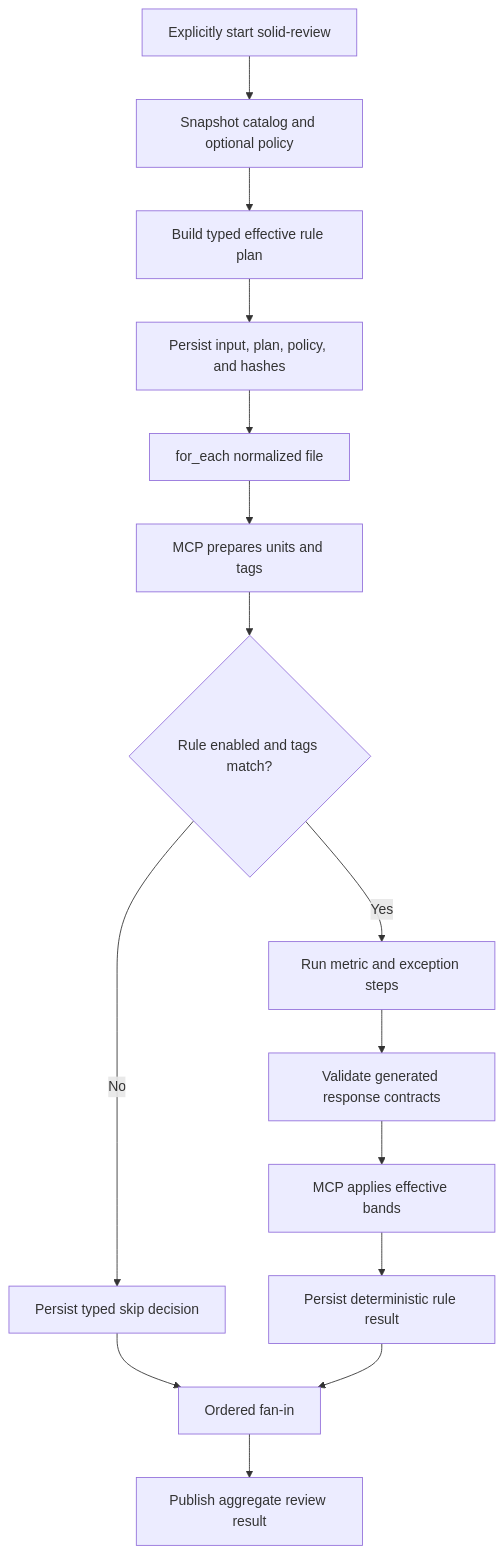
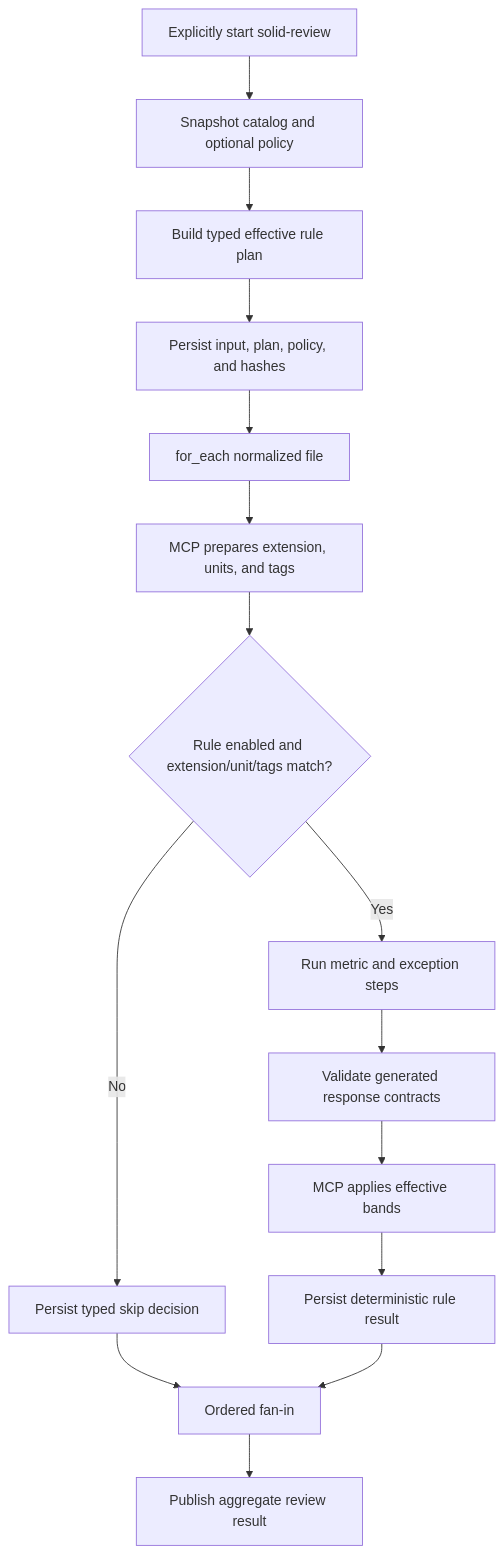
Before and after one commit to Swift-Gurus/solid-coder: the diagram in .claude/specs/SPEC-001-solid-coder/features/SPEC-036-bundled-solid-workflows/subtasks/SPEC-039-executable-rule-workflows-and-review-policy/Spec.md, drawn with Mermaid. The commit also changed other lines of this file and 102 other files, not shown here.

````diff
--- a/.claude/specs/SPEC-001-solid-coder/features/SPEC-036-bundled-solid-workflows/subtasks/SPEC-039-executable-rule-workflows-and-review-policy/Spec.md
+++ b/.claude/specs/SPEC-001-solid-coder/features/SPEC-036-bundled-solid-workflows/subtasks/SPEC-039-executable-rule-workflows-and-review-policy/Spec.md
@@ -416,17 +436,17 @@
 ```mermaid
 flowchart TD
     Start["Explicitly start solid-review"] --> Snapshot["Snapshot catalog and optional policy"]
     Snapshot --> Plan["Build typed effective rule plan"]
     Plan --> Persist["Persist input, plan, policy, and hashes"]
     Persist --> Files["for_each normalized file"]
-    Files --> Units["MCP prepares units and tags"]
-    Units --> Applicable{"Rule enabled and tags match?"}
+    Files --> Units["MCP prepares extension, units, and tags"]
+    Units --> Applicable{"Rule enabled and extension/unit/tags match?"}
     Applicable -- "No" --> Skip["Persist typed skip decision"]
     Applicable -- "Yes" --> Observe["Run metric and exception steps"]
     Observe --> Validate["Validate generated response contracts"]
     Validate --> Score["MCP applies effective bands"]
     Score --> Publish["Persist deterministic rule result"]
     Skip --> Join["Ordered fan-in"]
     Publish --> Join
     Join --> Complete["Publish aggregate review result"]
 ```
````
